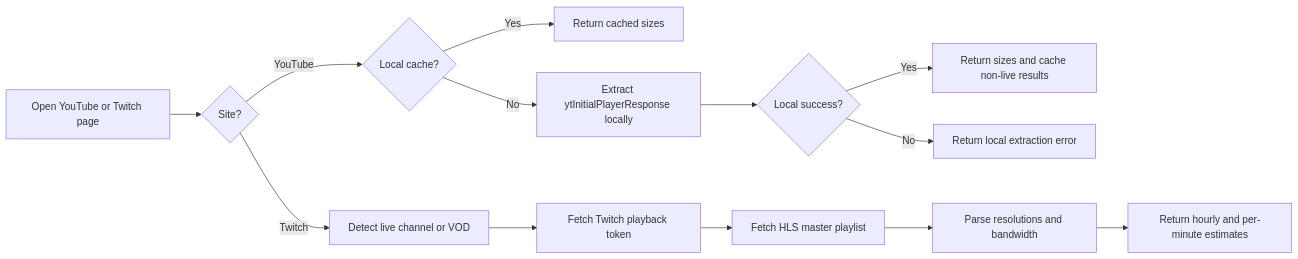
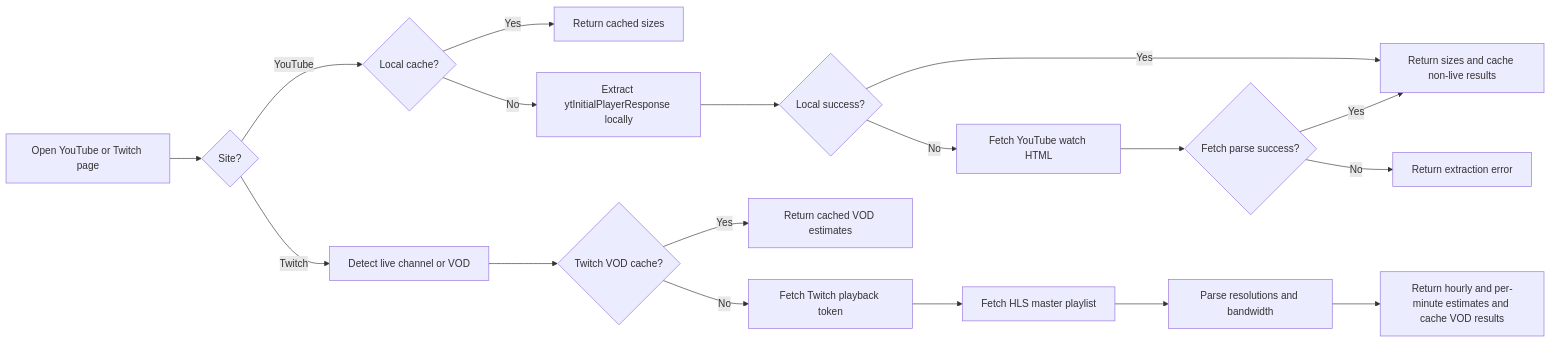
Before and after one commit to MohamedSayed0573/TubeSize_Extension: the diagram in README.md, drawn with Mermaid. The commit also changed other lines of this file, not shown here.

````diff
--- a/README.md
+++ b/README.md
@@ -80,15 +106,20 @@
 ```mermaid
 flowchart LR
     A[Open YouTube or Twitch page] --> B{Site?}
     B -->|YouTube| C{Local cache?}
     C -->|Yes| D[Return cached sizes]
     C -->|No| E[Extract ytInitialPlayerResponse locally]
     E --> F{Local success?}
     F -->|Yes| G[Return sizes and cache non-live results]
-    F -->|No| H[Return local extraction error]
+    F -->|No| H[Fetch YouTube watch HTML]
+    H --> I{Fetch parse success?}
+    I -->|Yes| G
+    I -->|No| X[Return extraction error]
     B -->|Twitch| J[Detect live channel or VOD]
-    J --> K[Fetch Twitch playback token]
-    K --> L[Fetch HLS master playlist]
-    L --> M[Parse resolutions and bandwidth]
-    M --> N[Return hourly and per-minute estimates]
+    J --> K{Twitch VOD cache?}
+    K -->|Yes| L[Return cached VOD estimates]
+    K -->|No| M[Fetch Twitch playback token]
+    M --> N[Fetch HLS master playlist]
+    N --> O[Parse resolutions and bandwidth]
+    O --> P[Return hourly and per-minute estimates and cache VOD results]
 ```
````
